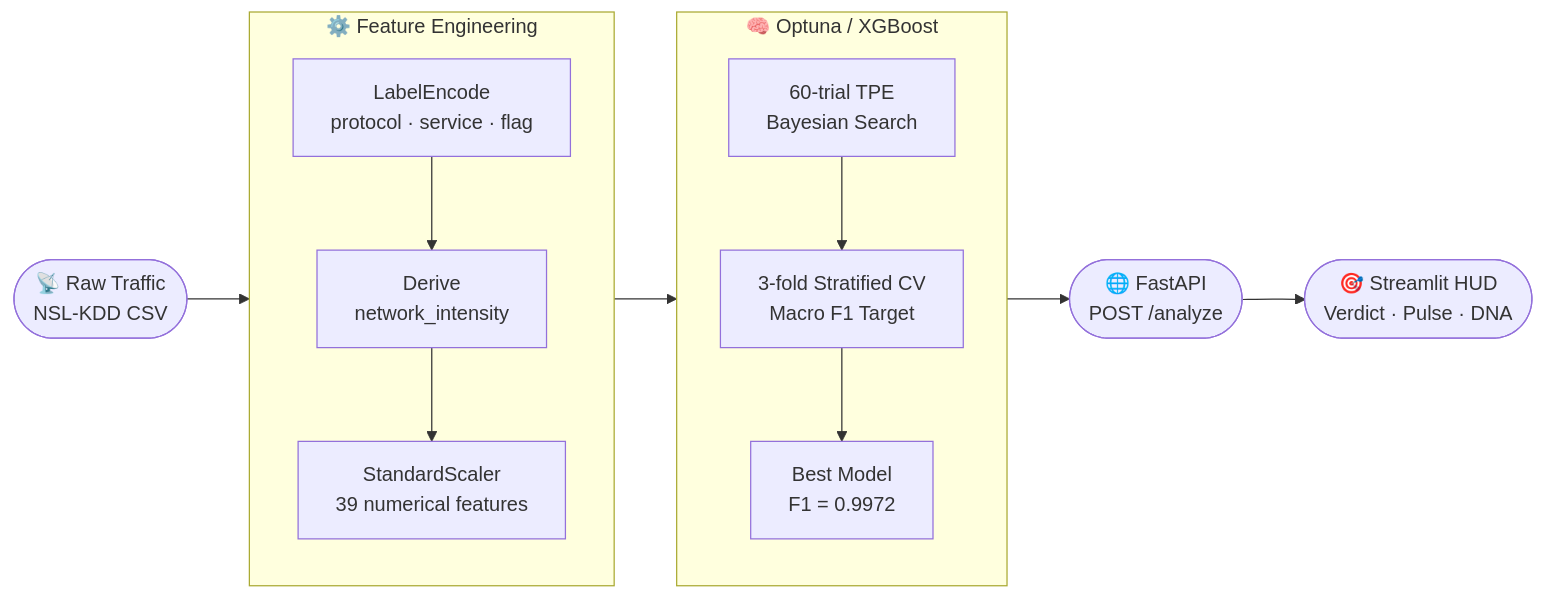
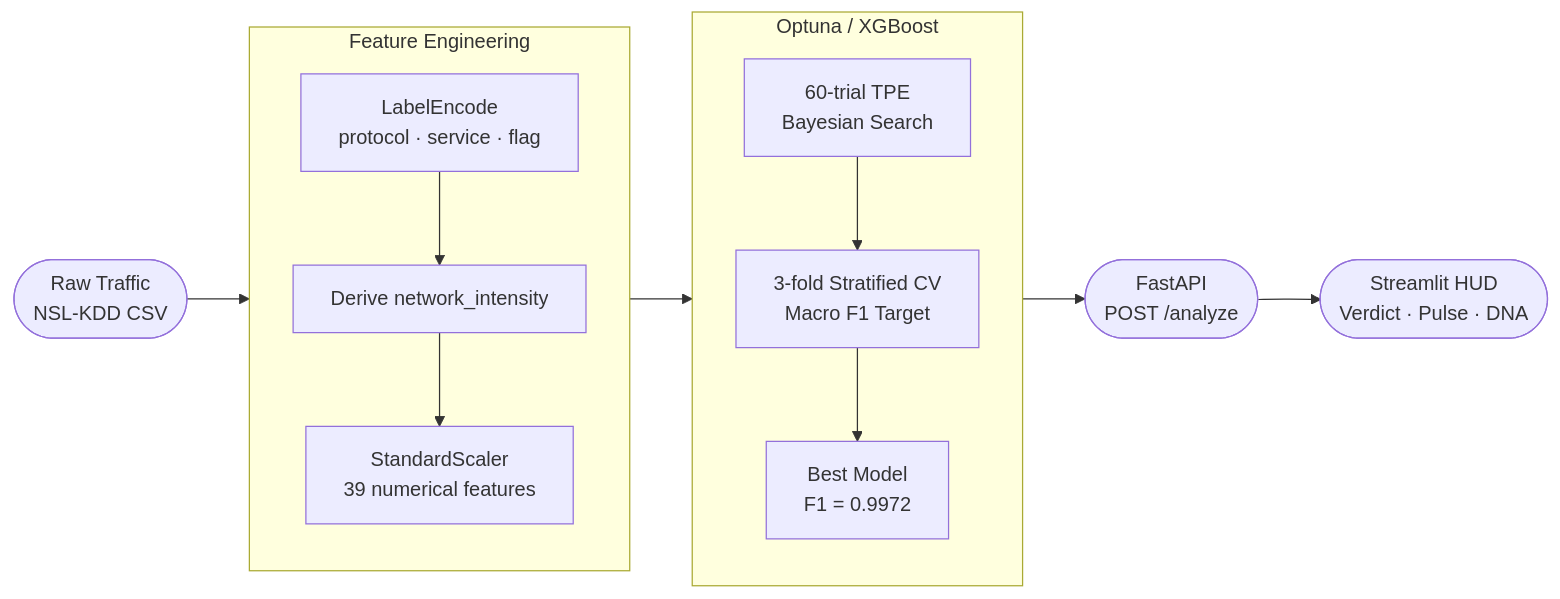
One commit to JainAlber/AuraNet changed the second of 2 diagrams in README.md. Above: the diagram before and after it, drawn with Mermaid. The commit also changed other lines of this file and 1 other file, not shown here.

````diff
--- a/README.md
+++ b/README.md
@@ -29,25 +48,24 @@
 ```mermaid
 flowchart LR
-    A([📡 Raw Traffic\nNSL-KDD CSV]) --> B
+    A([Raw Traffic\nNSL-KDD CSV]) --> B
 
-    subgraph B [" ⚙️ Feature Engineering "]
+    subgraph B [Feature Engineering]
         direction TB
         B1[LabelEncode\nprotocol · service · flag]
-        B2[Derive\nnetwork_intensity]
+        B2[Derive network_intensity]
         B3[StandardScaler\n39 numerical features]
         B1 --> B2 --> B3
     end
 
     B --> C
 
-    subgraph C [" 🧠 Optuna / XGBoost "]
+    subgraph C [Optuna / XGBoost]
         direction TB
         C1[60-trial TPE\nBayesian Search]
         C2[3-fold Stratified CV\nMacro F1 Target]
         C3[Best Model\nF1 = 0.9972]
         C1 --> C2 --> C3
     end
 
-    C --> D([🌐 FastAPI\nPOST /analyze])
-    D --> E([🎯 Streamlit HUD\nVerdict · Pulse · DNA])
+    C --> D([FastAPI\nPOST /analyze]) --> E([Streamlit HUD\nVerdict · Pulse · DNA])
 ```
````
